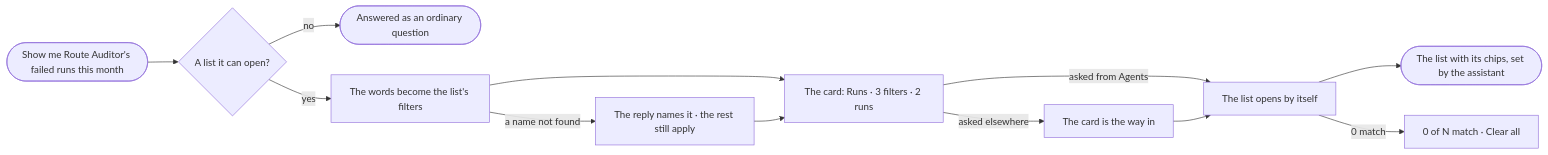
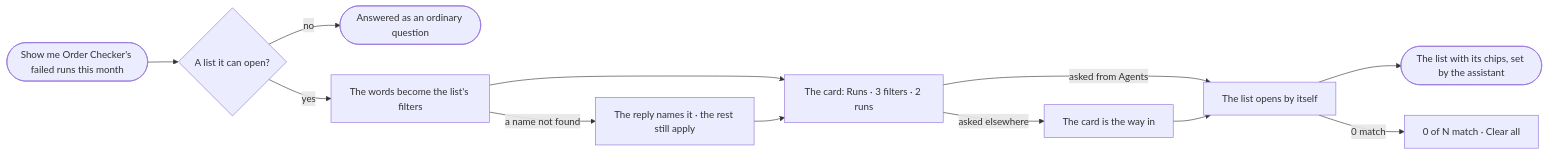
One commit to invana/invana changed the diagram in specs/capabilities/explore/features/EX-F03-ask-a-question/stories/EX-28-the-assistant-opens-a-list/story.md. Above: the diagram before and after it, drawn with Mermaid. The commit also changed other lines of this file and 522 other files, not shown here.

````diff
--- a/specs/capabilities/explore/features/EX-F03-ask-a-question/stories/EX-28-the-assistant-opens-a-list/story.md
+++ b/specs/capabilities/explore/features/EX-F03-ask-a-question/stories/EX-28-the-assistant-opens-a-list/story.md
@@ -27,13 +27,13 @@
 ```mermaid
 flowchart LR
-  a(["Show me Route Auditor's failed runs this month"]) --> u{A list it can open?}
+  a(["Show me Order Checker's failed runs this month"]) --> u{A list it can open?}
   u -->|no| q(["Answered as an ordinary question"])
   u -->|yes| f["The words become the list's filters"]
   f -->|a name not found| nf["The reply names it · the rest still apply"]
   f --> c["The card: Runs · 3 filters · 2 runs"]
   nf --> c
   c -->|asked from Agents| open["The list opens by itself"]
   c -->|asked elsewhere| click["The card is the way in"] --> open
   open --> l(["The list with its chips, set by the assistant"])
   open -->|0 match| z["0 of N match · Clear all"]
 ```
````
